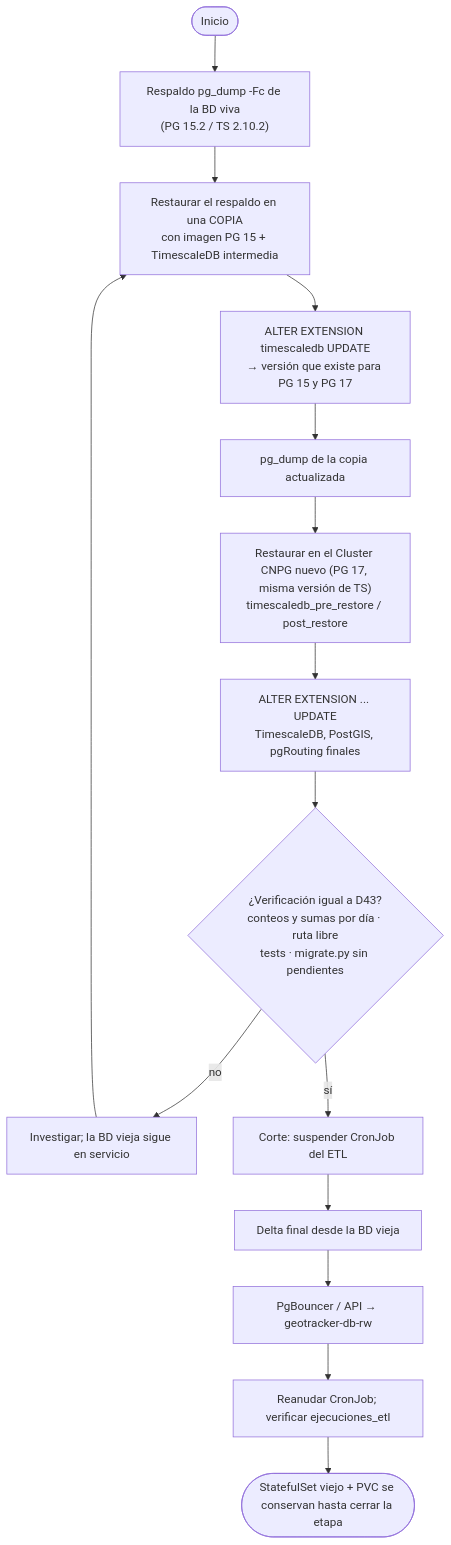
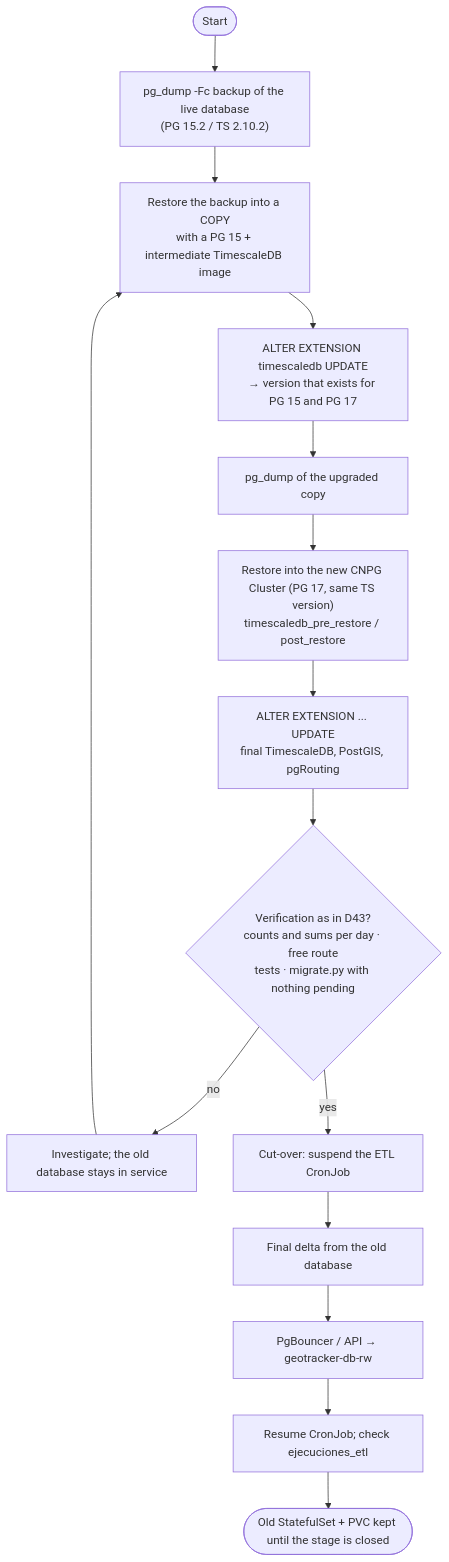
One commit to alejandro-araujo-orellana/geoTracker changed the second of 5 diagrams in docs/superpowers/specs/2026-11-20-fase2-azure-aks-design.md. Above: the diagram before and after it, drawn with Mermaid. The commit also changed other lines of this file and 16 other files, not shown here.

````diff
--- a/docs/superpowers/specs/2026-11-20-fase2-azure-aks-design.md
+++ b/docs/superpowers/specs/2026-11-20-fase2-azure-aks-design.md
@@ -150,17 +150,17 @@
 ```mermaid
 flowchart TD
-    S([Inicio]) --> B1["Respaldo pg_dump -Fc de la BD viva<br/>(PG 15.2 / TS 2.10.2)"]
-    B1 --> C1["Restaurar el respaldo en una COPIA<br/>con imagen PG 15 + TimescaleDB intermedia"]
-    C1 --> U1["ALTER EXTENSION timescaledb UPDATE<br/>→ versión que existe para PG 15 y PG 17"]
-    U1 --> D2["pg_dump de la copia actualizada"]
-    D2 --> R2["Restaurar en el Cluster CNPG nuevo (PG 17, misma versión de TS)<br/>timescaledb_pre_restore / post_restore"]
-    R2 --> U2["ALTER EXTENSION ... UPDATE<br/>TimescaleDB, PostGIS, pgRouting finales"]
-    U2 --> V{"¿Verificación igual a D43?<br/>conteos y sumas por día · ruta libre<br/>tests · migrate.py sin pendientes"}
-    V -- no --> F["Investigar; la BD vieja sigue en servicio"]
+    S([Start]) --> B1["pg_dump -Fc backup of the live database<br/>(PG 15.2 / TS 2.10.2)"]
+    B1 --> C1["Restore the backup into a COPY<br/>with a PG 15 + intermediate TimescaleDB image"]
+    C1 --> U1["ALTER EXTENSION timescaledb UPDATE<br/>→ version that exists for PG 15 and PG 17"]
+    U1 --> D2["pg_dump of the upgraded copy"]
+    D2 --> R2["Restore into the new CNPG Cluster (PG 17, same TS version)<br/>timescaledb_pre_restore / post_restore"]
+    R2 --> U2["ALTER EXTENSION ... UPDATE<br/>final TimescaleDB, PostGIS, pgRouting"]
+    U2 --> V{"Verification as in D43?<br/>counts and sums per day · free route<br/>tests · migrate.py with nothing pending"}
+    V -- no --> F["Investigate; the old database stays in service"]
     F --> C1
-    V -- sí --> K1["Corte: suspender CronJob del ETL"]
-    K1 --> K2["Delta final desde la BD vieja"]
+    V -- yes --> K1["Cut-over: suspend the ETL CronJob"]
+    K1 --> K2["Final delta from the old database"]
     K2 --> K3["PgBouncer / API → geotracker-db-rw"]
-    K3 --> K4["Reanudar CronJob; verificar ejecuciones_etl"]
-    K4 --> E([StatefulSet viejo + PVC se conservan hasta cerrar la etapa])
+    K3 --> K4["Resume CronJob; check ejecuciones_etl"]
+    K4 --> E([Old StatefulSet + PVC kept until the stage is closed])
 ```
````
